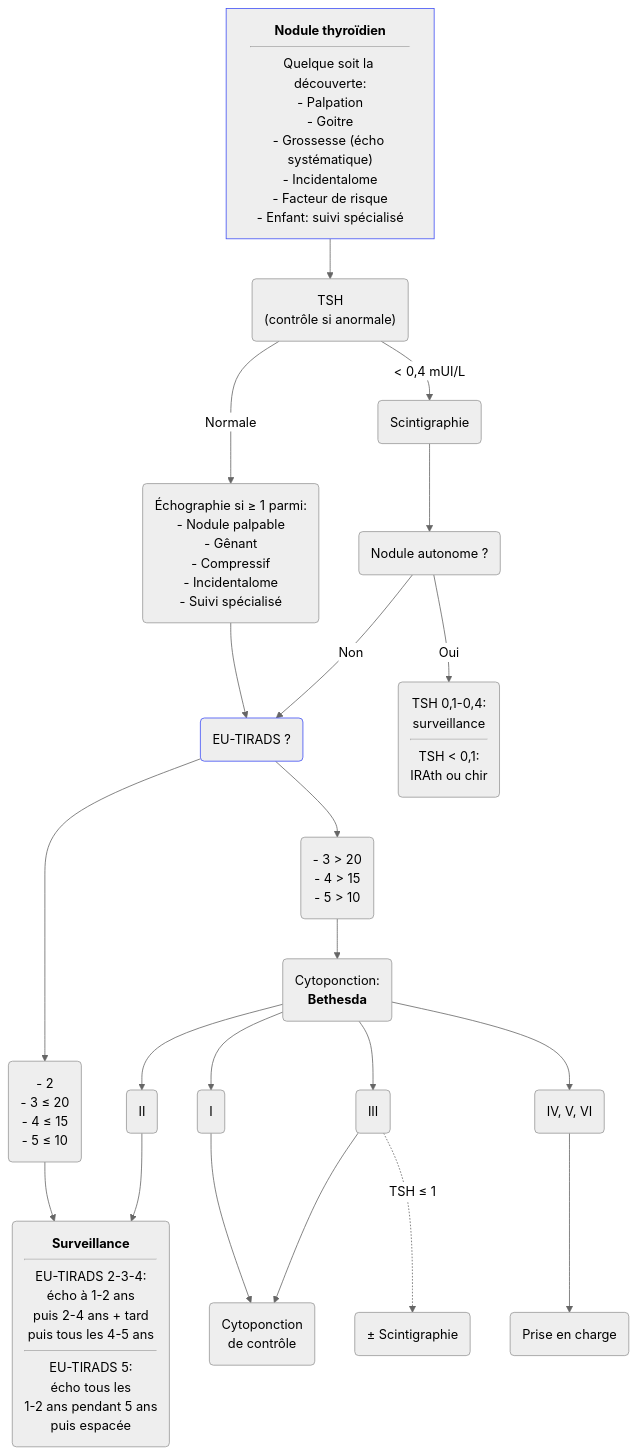
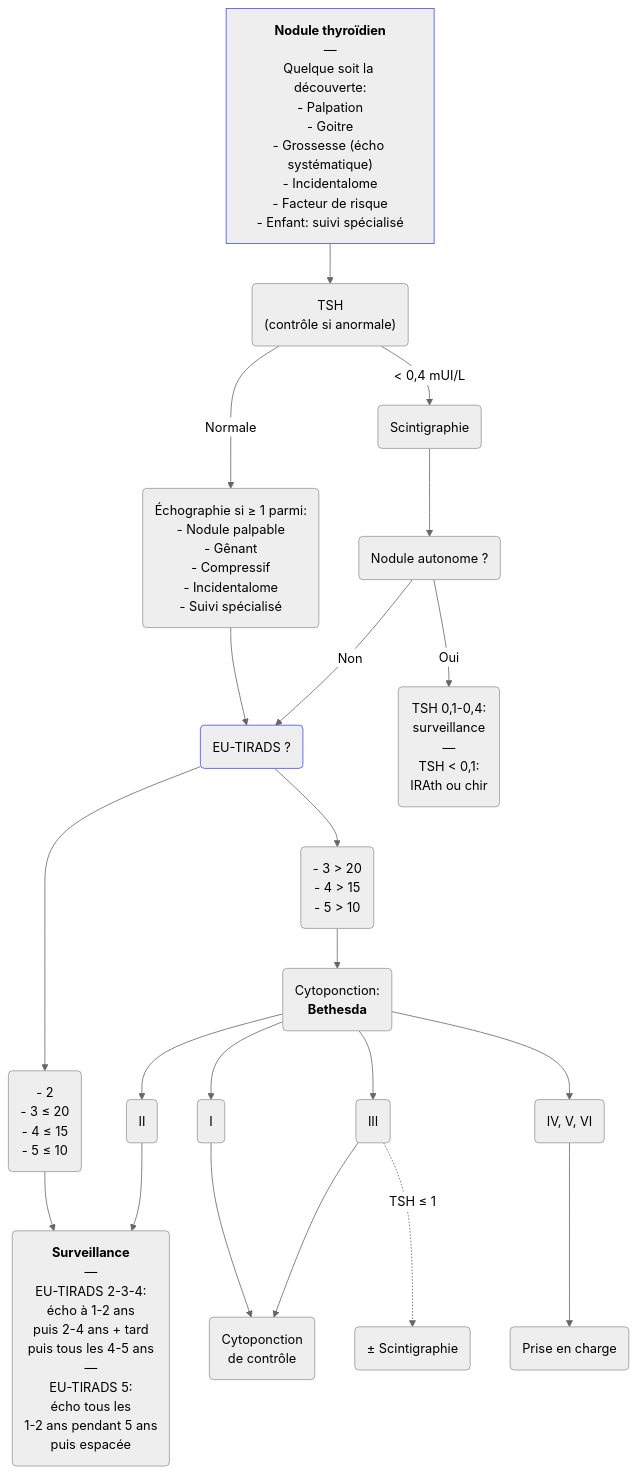
The diagram in content/recommandations/nodule-thyroidien.md (djibe/recommandations-medicales), drawn with Mermaid (neutral theme) before and after one commit. The commit also changed 51 other files, not shown here.

```diff
--- a/content/recommandations/nodule-thyroidien.md
+++ b/content/recommandations/nodule-thyroidien.md
@@ -347,20 +347,20 @@
 {{< mermaid title="Prise en charge d'un nodule thyroïdien. Dr JB Fron d'après SFE / AFCE / SFMN 2022" >}}
 graph TB
 accTitle: Prise en charge d'un nodule thyroïdien d'après SFE/AFCE/SFMN 2022
-  clinique["<b>Nodule thyroïdien</b><hr>Quelque soit la découverte:<br>- Palpation<br>- Goitre<br>- Grossesse (écho systématique)<br>- Incidentalome<br>- Facteur de risque<br>- Enfant: suivi spécialisé"] --> TSH("TSH<br>(contrôle si anormale)")
+  clinique["<b>Nodule thyroïdien</b><br>—<br>Quelque soit la découverte:<br>- Palpation<br>- Goitre<br>- Grossesse (écho systématique)<br>- Incidentalome<br>- Facteur de risque<br>- Enfant: suivi spécialisé"] --> TSH("TSH<br>(contrôle si anormale)")
   style clinique stroke:#4150f5, stroke-width:1px
   TSH -- Normale --> échographie("Échographie si ≥ 1 parmi:<br>- Nodule palpable<br>- Gênant<br>- Compressif<br>- Incidentalome<br>- Suivi spécialisé")
     échographie --> TIRADS(EU-TIRADS ?)
     style TIRADS stroke:#4150f5, stroke-width:1px
       TIRADS --> bas("- 2<br>- 3 ≤ 20<br>- 4 ≤ 15<br>- 5 ≤ 10") --> surveillance
       TIRADS --> intermédiaire("- 3 &gt; 20<br>- 4 &gt; 15<br>- 5 &gt; 10") --> cytoponction("Cytoponction:<br><b>Bethesda</b>")
-        cytoponction --> 2(II) --> surveillance(<b>Surveillance</b><hr>EU-TIRADS 2-3-4:<br>écho à 1-2 ans<br>puis 2-4 ans + tard<br>puis tous les 4-5 ans<hr>EU-TIRADS 5:<br>écho tous les<br>1-2 ans pendant 5 ans<br>puis espacée)
+        cytoponction --> 2(II) --> surveillance(<b>Surveillance</b><br>—<br>EU-TIRADS 2-3-4:<br>écho à 1-2 ans<br>puis 2-4 ans + tard<br>puis tous les 4-5 ans<br>—<br>EU-TIRADS 5:<br>écho tous les<br>1-2 ans pendant 5 ans<br>puis espacée)
         cytoponction --> 1(I) --> contrôle(Cytoponction<br>de contrôle)
         cytoponction --> 3(III) --> contrôle
           3 -. "TSH ≤ 1" .-> envisager("± Scintigraphie")
         cytoponction --> autres(IV, V, VI) --> pec(Prise en charge)
     TSH -- "&lt; 0,4 mUI/L" --> scintigraphie(Scintigraphie)
       scintigraphie --> autonome(Nodule autonome ?)
         autonome -- Non --> TIRADS
-        autonome -- Oui --> Hyperthyroïdie("TSH 0,1-0,4:<br>surveillance<hr>TSH &lt; 0,1:<br>IRAth ou chir")
+        autonome -- Oui --> Hyperthyroïdie("TSH 0,1-0,4:<br>surveillance<br>—<br>TSH &lt; 0,1:<br>IRAth ou chir")
 {{< /mermaid >}}
```
